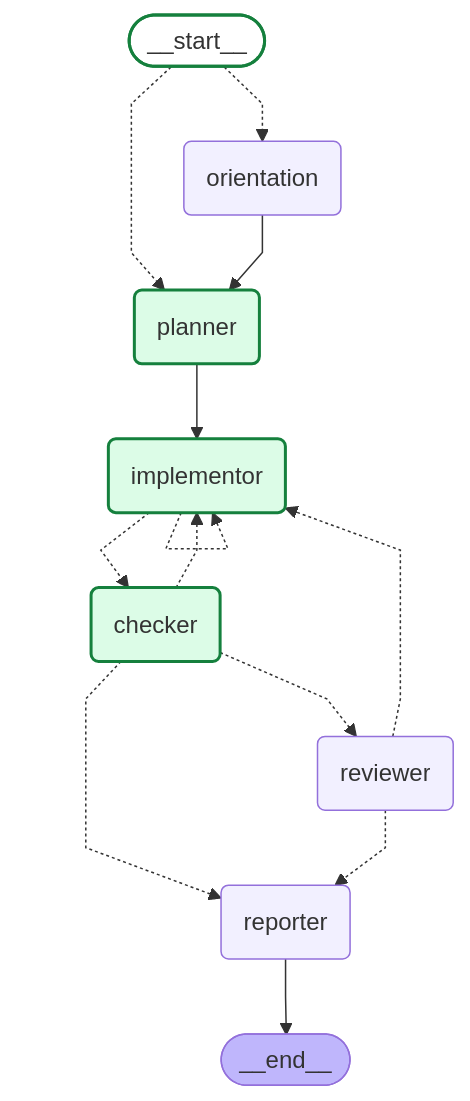
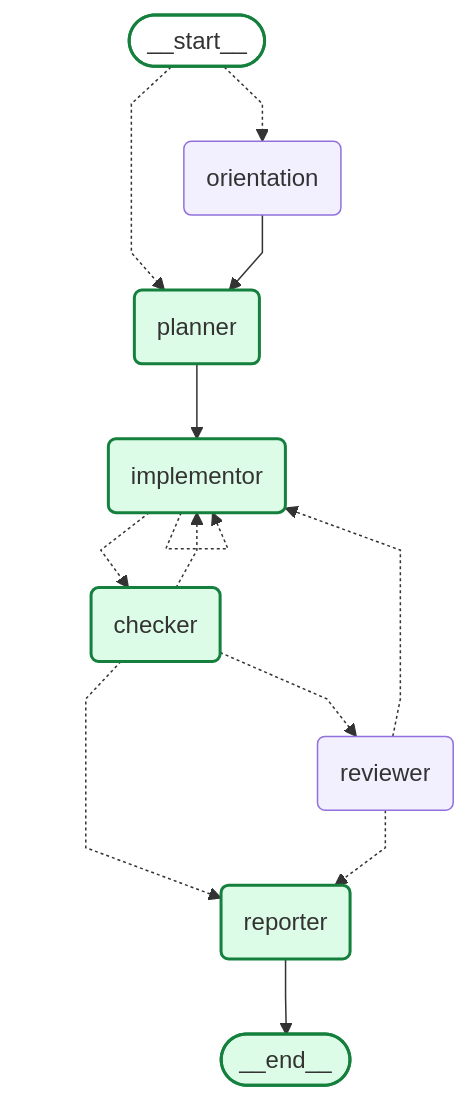
Before and after one commit to daniell0gda/hermes-feature-check-dashboard: the diagram in runs/20260814-092950-ddae52/graph.mmd, drawn with Mermaid. The commit also changed 22 other files, not shown here.

```diff
--- a/runs/20260814-092950-ddae52/graph.mmd
+++ b/runs/20260814-092950-ddae52/graph.mmd
@@ -1,37 +1,39 @@
 ---
 config:
   flowchart:
     curve: linear
 ---
 graph TD;
 	__start__([<p>__start__</p>]):::first
 	orientation(orientation)
 	planner(planner)
 	implementor(implementor)
 	checker(checker)
 	reviewer(reviewer)
 	reporter(reporter)
 	__end__([<p>__end__</p>]):::last
 	__start__ -.-> orientation;
 	__start__ -.-> planner;
 	checker -.-> implementor;
 	checker -.-> reporter;
 	checker -.-> reviewer;
 	implementor -.-> checker;
 	orientation --> planner;
 	planner --> implementor;
 	reviewer -.-> implementor;
 	reviewer -.-> reporter;
 	reporter --> __end__;
 	implementor -.-> implementor;
 	classDef default fill:#f2f0ff,line-height:1.2
 	classDef first fill-opacity:0
 	classDef last fill:#bfb6fc
 
 classDef done fill:#dcfce7,stroke:#15803d,stroke-width:2px;
 classDef active fill:#dbeafe,stroke:#2563eb,stroke-width:3px;
 classDef failed fill:#fee2e2,stroke:#b42318,stroke-width:2px;
+class checker done;
 class implementor done;
-class checker done;
+class reporter done;
 class planner done;
+class __end__ done;
 class __start__ done;
```
